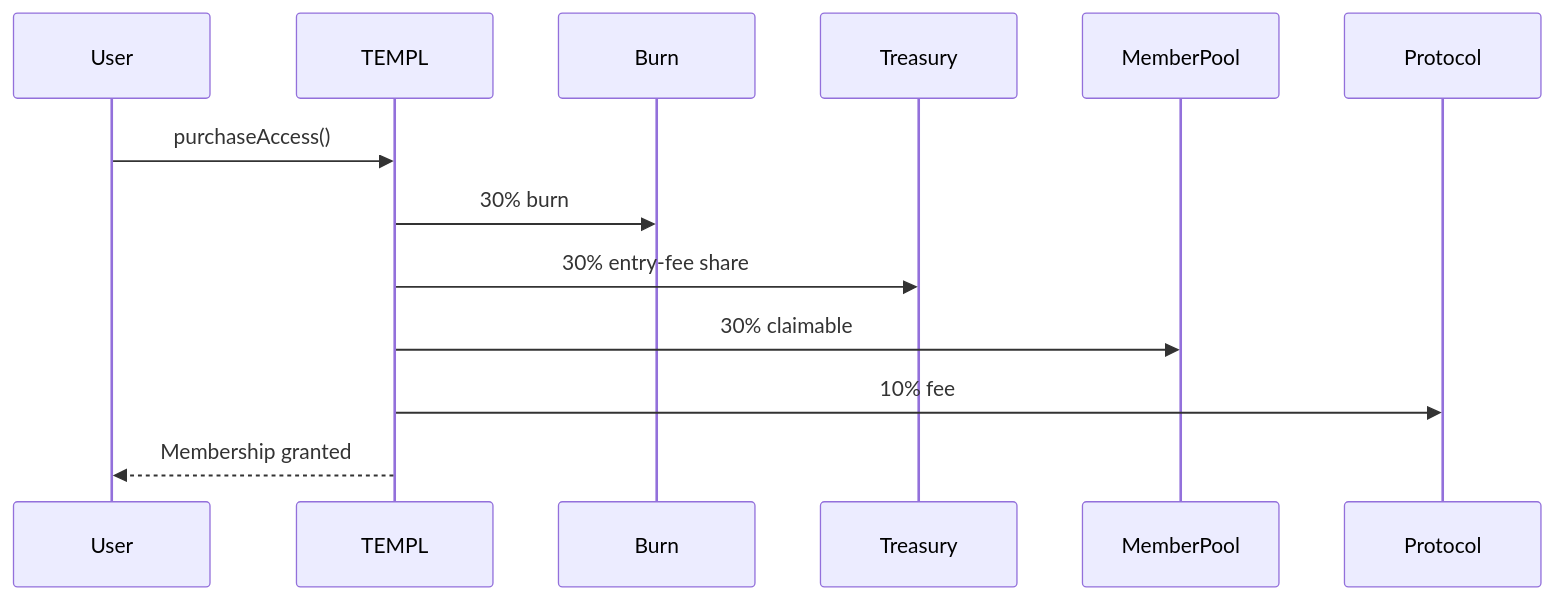
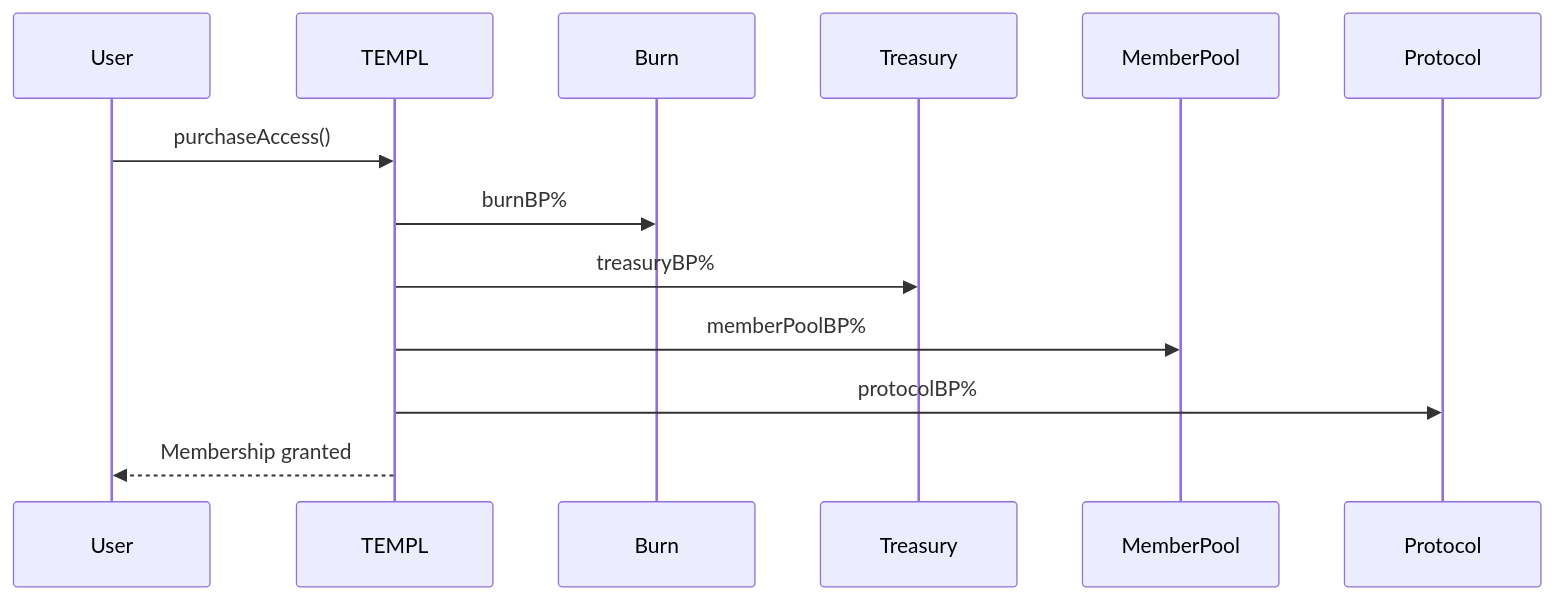
The second of 3 diagrams in docs/CONTRACTS.md (templ-fun/templ-evm-protocol), drawn with Mermaid before and after one commit. The commit also changed other lines of this file and 35 other files, not shown here.

Commit message:
feat: support templ factory fee configuration

````diff
--- a/docs/CONTRACTS.md
+++ b/docs/CONTRACTS.md
@@ -124,15 +127,15 @@
 ```mermaid
 sequenceDiagram
     participant User
     participant TEMPL
     participant Burn
     participant Treasury
     participant MemberPool
     participant Protocol
     User->>TEMPL: purchaseAccess()
-    TEMPL->>Burn: 30% burn
-    TEMPL->>Treasury: 30% entry‑fee share
-    TEMPL->>MemberPool: 30% claimable
-    TEMPL->>Protocol: 10% fee
+    TEMPL->>Burn: burnBP%
+    TEMPL->>Treasury: treasuryBP%
+    TEMPL->>MemberPool: memberPoolBP%
+    TEMPL->>Protocol: protocolBP%
     TEMPL-->>User: Membership granted
 ```
````
